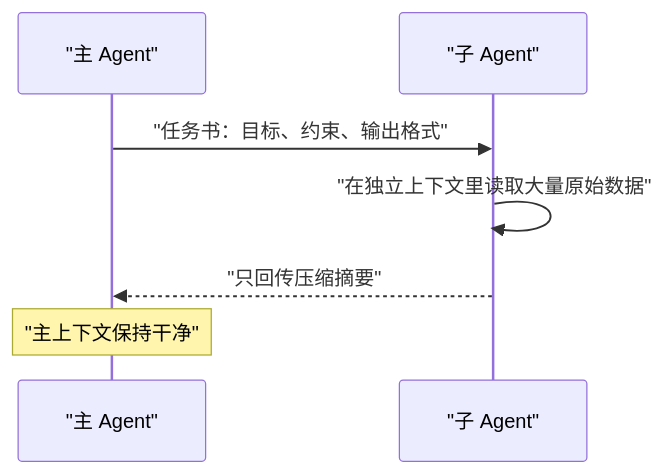
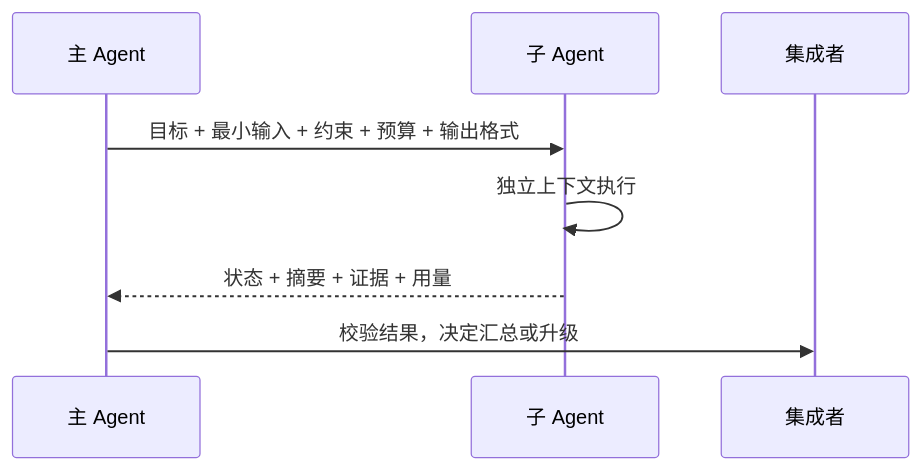
Before and after one commit to Shyu-x/frontend-interview: the diagram in docs/agent/multi/subagents-context-isolation.md, drawn with Mermaid. The commit also changed other lines of this file and 46 other files, not shown here.

````diff
--- a/docs/agent/multi/subagents-context-isolation.md
+++ b/docs/agent/multi/subagents-context-isolation.md
@@ -45,9 +22,10 @@
 ```mermaid
 sequenceDiagram
-  participant M as "主 Agent"
-  participant S as "子 Agent"
-  M->>S: "任务书：目标、约束、输出格式"
-  S->>S: "在独立上下文里读取大量原始数据"
-  S-->>M: "只回传压缩摘要"
-  Note over M: "主上下文保持干净"
+  participant P as 主 Agent
+  participant C as 子 Agent
+  participant R as 集成者
+  P->>C: 目标 + 最小输入 + 约束 + 预算 + 输出格式
+  C->>C: 独立上下文执行
+  C-->>P: 状态 + 摘要 + 证据 + 用量
+  P->>R: 校验结果，决定汇总或升级
 ```
````
